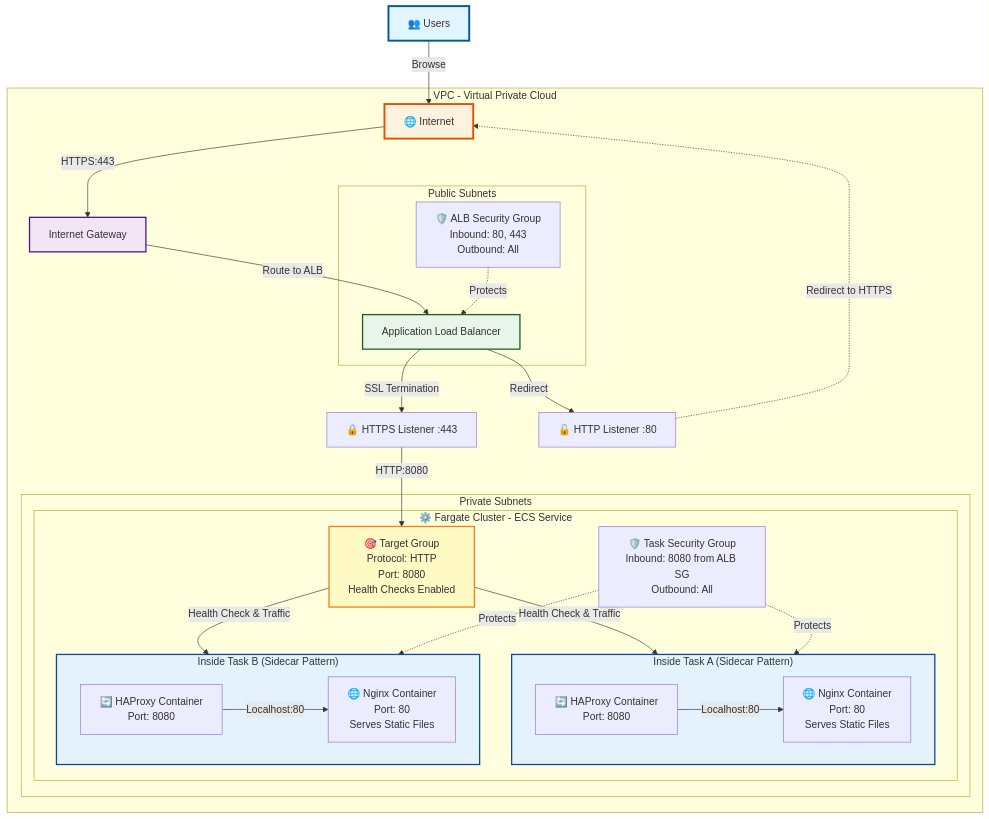
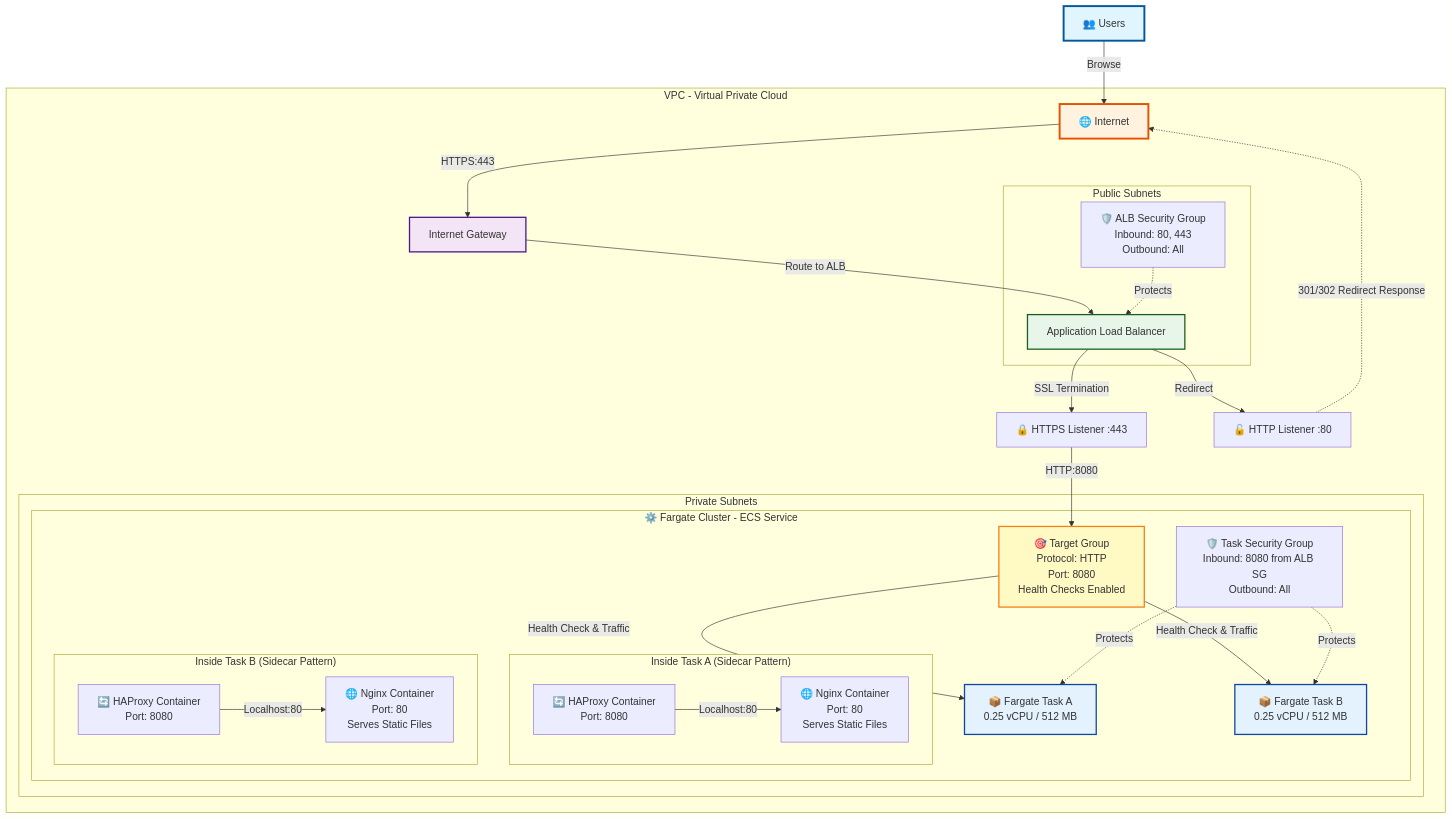
Before and after one commit to thuongdv/ds-dashboard: the diagram in iac/README.md, drawn with Mermaid. The commit also changed other lines of this file, not shown here.

Commit message:
Address review comments: fix diagram conflicts, update redirect label, improve pseudo-code readability

````diff
--- a/iac/README.md
+++ b/iac/README.md
@@ -7,49 +7,49 @@
 ```mermaid
 graph TD
     Users[👥 Users] -->|Browse| Internet[🌐 Internet]
     Internet -->|HTTPS:443| IGW[Internet Gateway]
 
     subgraph VPC[VPC - Virtual Private Cloud]
         IGW -->|Route to ALB| ALB[Application Load Balancer]
 
         subgraph PublicSubnets[Public Subnets]
             ALB
             ALBSG[🛡️ ALB Security Group<br/>Inbound: 80, 443<br/>Outbound: All]
         end
 
         ALB -->|SSL Termination| Listener443[🔒 HTTPS Listener :443]
         ALB -->|Redirect| Listener80[🔓 HTTP Listener :80]
-        Listener80 -.->|Redirect to HTTPS| Internet
+        Listener80 -.->|301/302 Redirect Response| Internet
 
         Listener443 -->|HTTP:8080| TG[🎯 Target Group<br/>Protocol: HTTP<br/>Port: 8080<br/>Health Checks Enabled]
 
         subgraph PrivateSubnets[Private Subnets]
             subgraph FargateCluster[⚙️ Fargate Cluster - ECS Service]
                 TG -->|Health Check & Traffic| Task1[📦 Fargate Task A<br/>0.25 vCPU / 512 MB]
                 TG -->|Health Check & Traffic| Task2[📦 Fargate Task B<br/>0.25 vCPU / 512 MB]
 
                 TaskSG[🛡️ Task Security Group<br/>Inbound: 8080 from ALB SG<br/>Outbound: All]
 
-                subgraph Task1["Inside Task A (Sidecar Pattern)"]
+                subgraph Task1Sidecar["Inside Task A (Sidecar Pattern)"]
                     H1[🔄 HAProxy Container<br/>Port: 8080] -->|Localhost:80| N1[🌐 Nginx Container<br/>Port: 80<br/>Serves Static Files]
                 end
 
-                subgraph Task2["Inside Task B (Sidecar Pattern)"]
+                subgraph Task2Sidecar["Inside Task B (Sidecar Pattern)"]
                     H2[🔄 HAProxy Container<br/>Port: 8080] -->|Localhost:80| N2[🌐 Nginx Container<br/>Port: 80<br/>Serves Static Files]
                 end
             end
         end
 
         TaskSG -.->|Protects| Task1
         TaskSG -.->|Protects| Task2
         ALBSG -.->|Protects| ALB
     end
 
     style Users fill:#e1f5ff,stroke:#01579b,stroke-width:3px
     style Internet fill:#fff3e0,stroke:#e65100,stroke-width:3px
     style IGW fill:#f3e5f5,stroke:#4a148c,stroke-width:2px
     style ALB fill:#e8f5e9,stroke:#1b5e20,stroke-width:2px
     style TG fill:#fff9c4,stroke:#f57f17,stroke-width:2px
     style Task1 fill:#e3f2fd,stroke:#0d47a1,stroke-width:2px
     style Task2 fill:#e3f2fd,stroke:#0d47a1,stroke-width:2px
 ```
````
